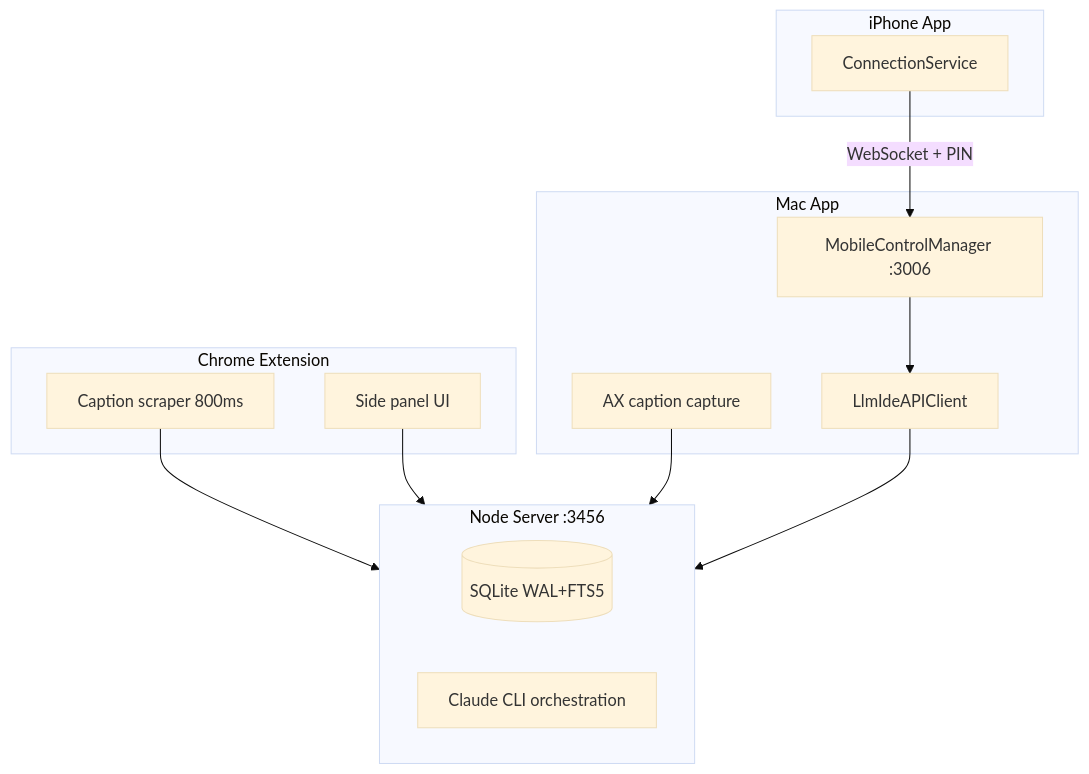
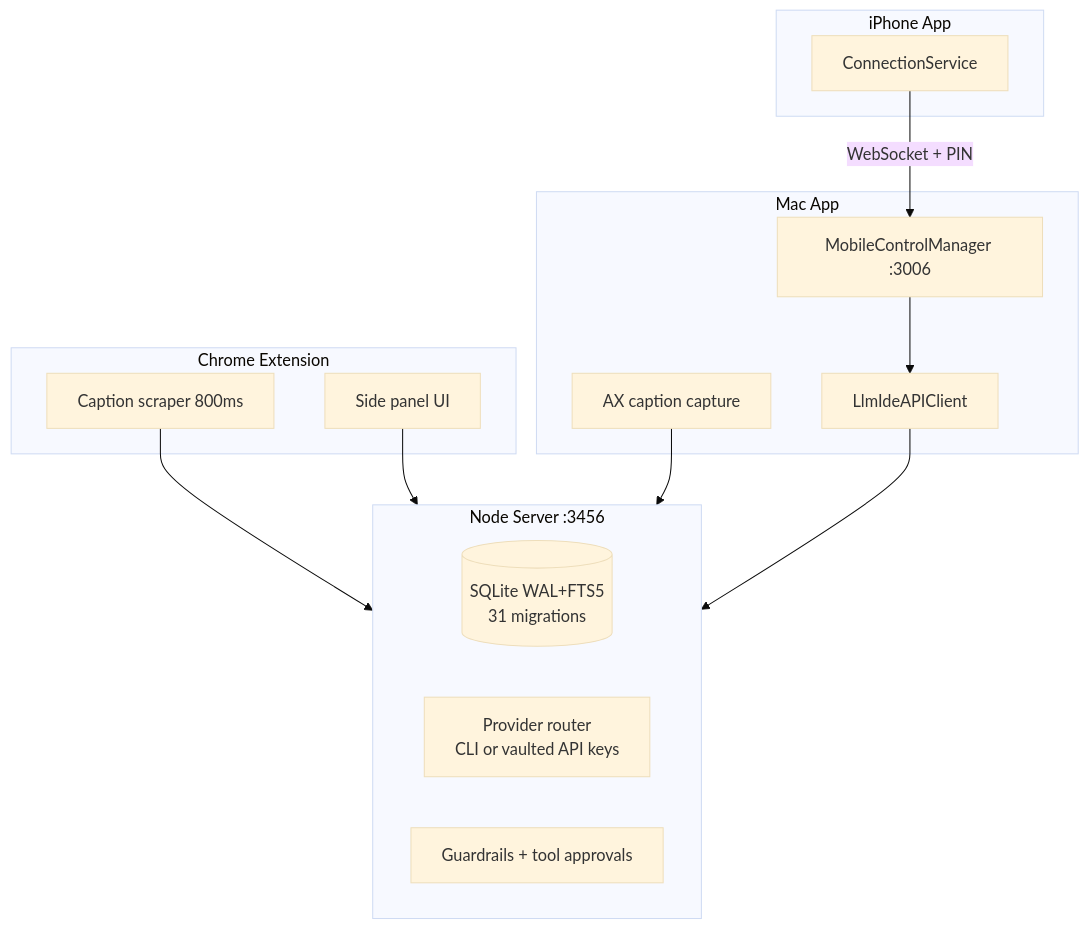
The second of 2 diagrams in README.md (dnsmalla/llm-ide), drawn with Mermaid (base theme) before and after one commit. The commit also changed other lines of this file, not shown here.

````diff
--- a/README.md
+++ b/README.md
@@ -85,24 +87,25 @@
 ```mermaid
 flowchart TB
     subgraph ext [Chrome Extension]
         CC[Caption scraper 800ms]
         SP[Side panel UI]
     end
     subgraph srv [Node Server :3456]
-        KB[(SQLite WAL+FTS5)]
-        AI[Claude CLI orchestration]
+        KB[(SQLite WAL+FTS5<br/>31 migrations)]
+        AI[Provider router<br/>CLI or vaulted API keys]
+        GR[Guardrails + tool approvals]
     end
     subgraph mac [Mac App]
         AX[AX caption capture]
         MC[MobileControlManager :3006]
         API[LlmIdeAPIClient]
     end
     subgraph ios [iPhone App]
         WS[ConnectionService]
     end
     CC --> srv
     SP --> srv
     AX --> srv
     WS -->|WebSocket + PIN| MC
     MC --> API --> srv
 ```
````
